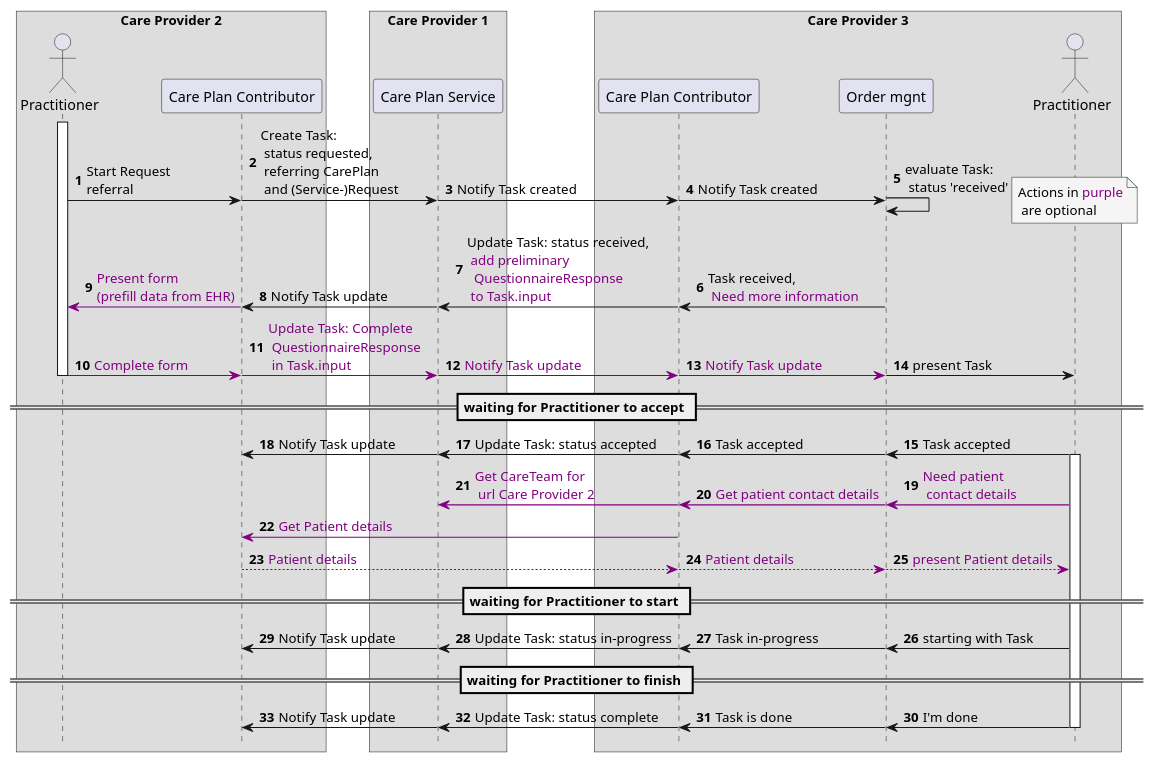
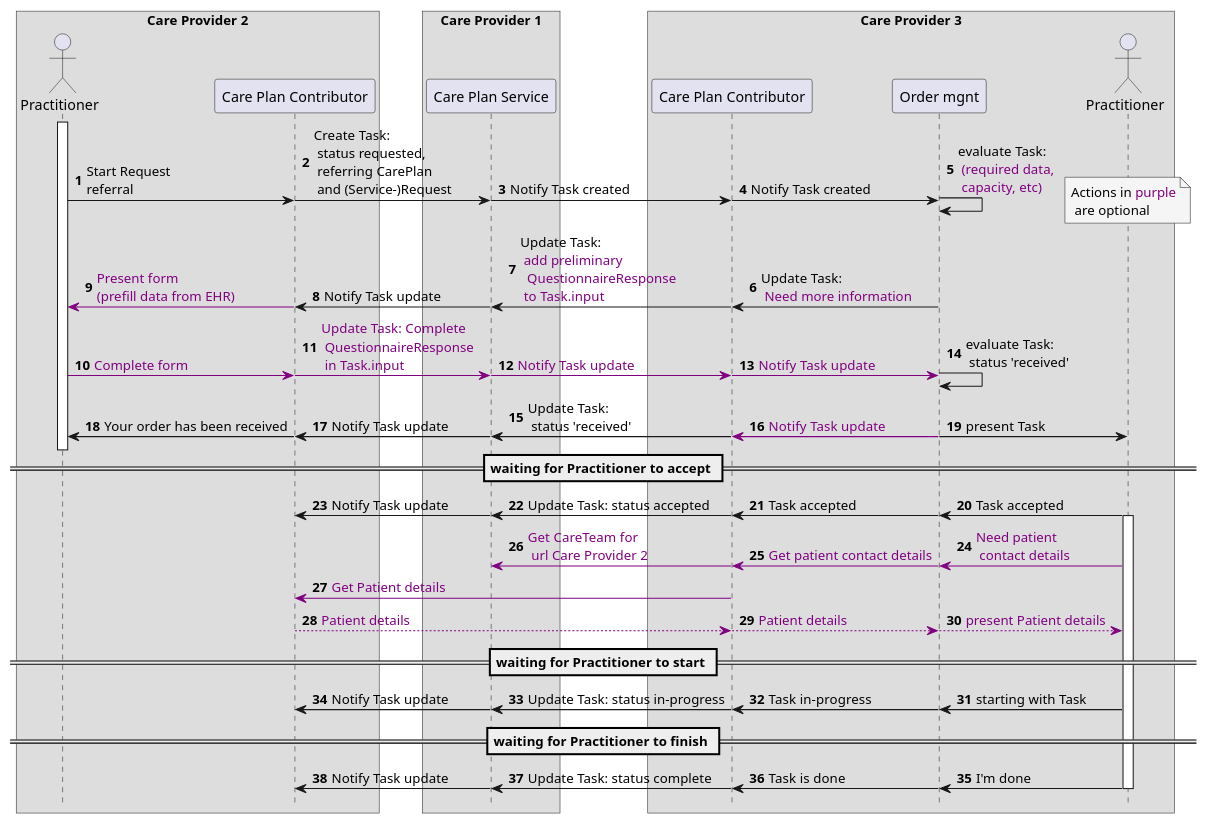
The diagram in input/images-source/task-negotiation-overview-1-2-3.plantuml (SanteonNL/shared-care-planning), drawn with PlantUML before and after one commit.

```diff
--- a/input/images-source/task-negotiation-overview-1-2-3.plantuml
+++ b/input/images-source/task-negotiation-overview-1-2-3.plantuml
@@ -1,76 +1,82 @@
 @startuml task-negotiation-overview-1-2-3
 
 autonumber
 !pragma teoz true
 
 box Care Provider 2
     actor "Practitioner" as Practitioner1
     participant "Care Plan Contributor" as CPC1
 end box
 box Care Provider 1
     participant "Care Plan Service" as CPS
 end box
 
 box Care Provider 3
     participant "Care Plan Contributor" as CPC2
     participant "Order mgnt" as EHR2
     actor "Practitioner" as Practitioner2
 end box
 hide footbox
 
 
 activate Practitioner1
 Practitioner1 -> CPC1 : Start Request\nreferral
 & CPC1 -> CPS : Create Task:\n status requested,\n referring CarePlan\n and (Service-)Request
 & CPS -> CPC2  : Notify Task created
 & CPC2 -> EHR2  : Notify Task created
-& EHR2 -> EHR2 : evaluate Task:\n status 'received'
+& EHR2 -> EHR2 : evaluate Task:\n <color #purple>(required data,\n <color #purple>capacity, etc)
 
 & note over Practitioner2 #WhiteSmoke
 Actions in <color #purple>purple
  are optional
 end note
 
-EHR2 -> CPC2 : Task received,\n <color #purple>Need more information
-& CPC2 -> CPS  : Update Task: status received,\n <color #purple>add preliminary\n <color #purple> QuestionnaireResponse\n <color #purple>to Task.input
+EHR2 -> CPC2 : Update Task:\n <color #purple>Need more information
+& CPC2 -> CPS  : Update Task: \n <color #purple>add preliminary\n <color #purple> QuestionnaireResponse\n <color #purple>to Task.input
 & CPS -> CPC1 : Notify Task update
 & CPC1 -[#purple]> Practitioner1 : <color #purple>Present form\n<color #purple>(prefill data from EHR)
 
 Practitioner1 -[#purple]> CPC1 : <color #purple>Complete form
 & CPC1 -[#purple]> CPS : <color #purple>Update Task: Complete\n <color #purple>QuestionnaireResponse\n <color #purple>in Task.input
 & CPS -[#purple]> CPC2 : <color #purple>Notify Task update
 & CPC2 -[#purple]> EHR2 : <color #purple>Notify Task update
 
+& EHR2 -> EHR2 : evaluate Task:\n status 'received'
+
+CPC2 -> CPS : Update Task: \n status 'received'
+& EHR2 -[#purple]> CPC2 : <color #purple>Notify Task update
+& CPS -> CPC1 : Notify Task update
+& CPC1 -> Practitioner1 : Your order has been received
 & EHR2 -> Practitioner2 : present Task
 
 deactivate Practitioner1
 
 == waiting for Practitioner to accept ==
 Practitioner2 -> EHR2 : Task accepted
 activate Practitioner2
 & EHR2 -> CPC2 : Task accepted
 & CPC2 -> CPS : Update Task: status accepted
 & CPS -> CPC1 : Notify Task update
 
 Practitioner2 -[#purple]> EHR2 : <color #purple>Need patient\n <color #purple>contact details
 
 & EHR2 -[#purple]> CPC2 : <color #purple>Get patient contact details
 & CPC2 -[#purple]> CPS : <color #purple>Get CareTeam for\n <color #purple>url Care Provider 2
 CPC2 -[#purple]> CPC1 : <color #purple>Get Patient details
 CPC1 -[#purple]-> CPC2 : <color #purple>Patient details
 
 & CPC2 -[#purple]-> EHR2 : <color #purple>Patient details
 
 & EHR2 -[#purple]-> Practitioner2 : <color #purple>present Patient details
 == waiting for Practitioner to start ==
 Practitioner2 -> EHR2 : starting with Task
 & EHR2 -> CPC2 : Task in-progress
 & CPC2 -> CPS : Update Task: status in-progress
 & CPS -> CPC1 : Notify Task update
 == waiting for Practitioner to finish ==
 Practitioner2 -> EHR2 : I'm done
 & EHR2 -> CPC2 : Task is done
 & CPC2 -> CPS : Update Task: status complete
 & CPS -> CPC1 : Notify Task update
 deactivate Practitioner2
 @enduml
```
